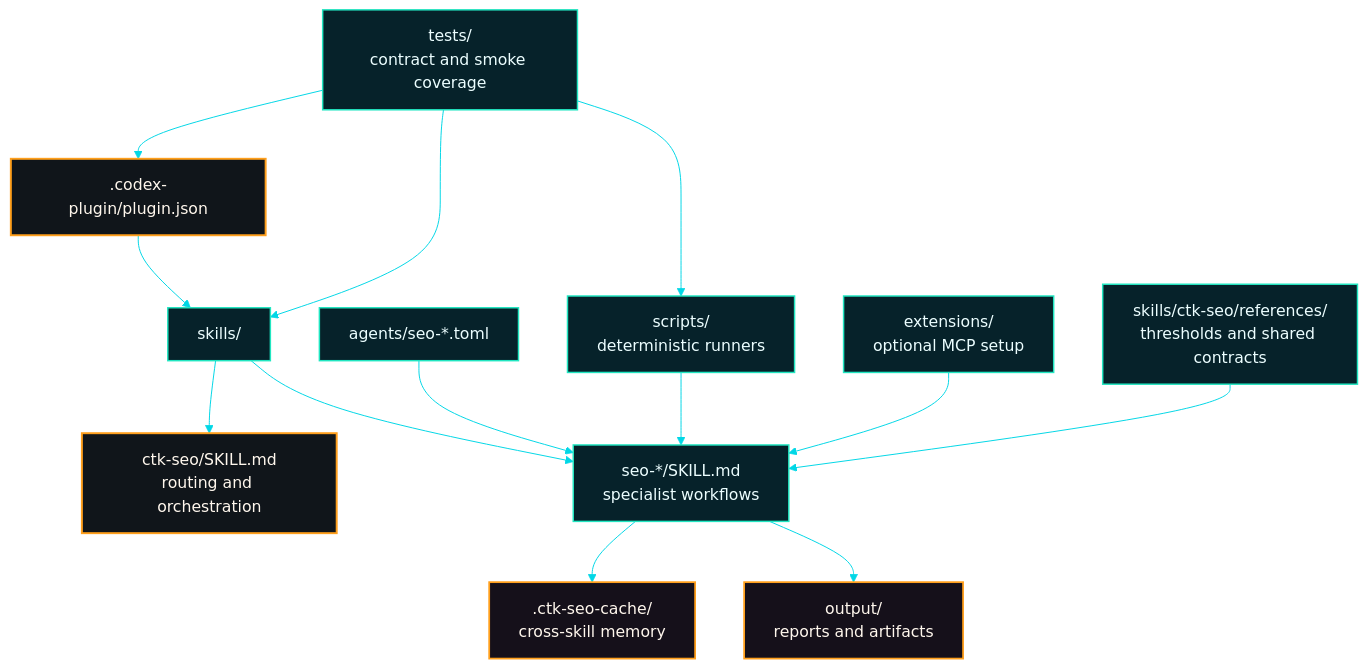
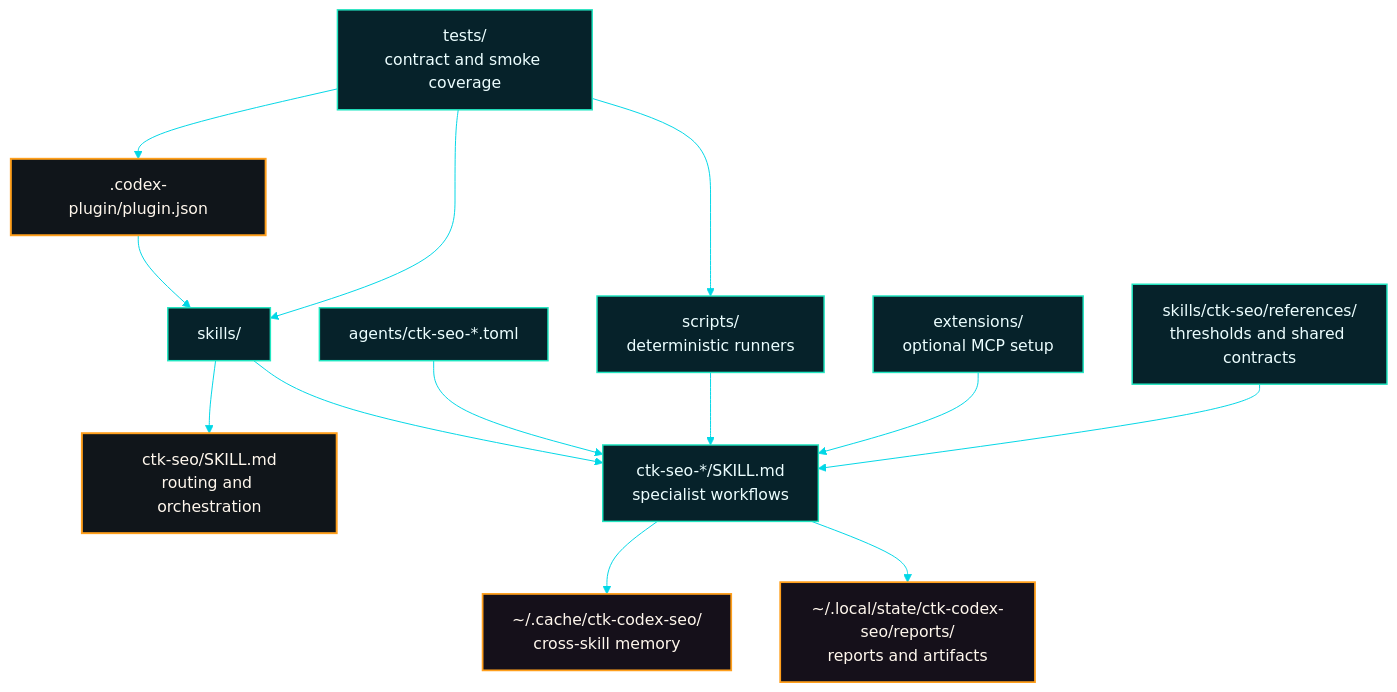
The sixth of 6 diagrams in README.md (ctkadvisors/codex-seo), drawn with Mermaid before and after one commit. The commit also changed other lines of this file and 76 other files, not shown here.

````diff
--- a/README.md
+++ b/README.md
@@ -374,23 +373,23 @@
 ```mermaid
 %%{init: {"theme":"base","themeVariables":{"background":"#05080d","primaryColor":"#07131c","primaryTextColor":"#f5fbff","primaryBorderColor":"#00d7e6","lineColor":"#00d7e6","secondaryColor":"#06222a","tertiaryColor":"#ff9f1c","edgeLabelBackground":"#05080d","fontFamily":"Inter, ui-sans-serif, system-ui, sans-serif"}}}%%
 flowchart TB
   manifest[".codex-plugin/plugin.json"] --> skillsRoot["skills/"]
   skillsRoot --> orchestrator["ctk-seo/SKILL.md<br/>routing and orchestration"]
-  skillsRoot --> specialists["seo-*/SKILL.md<br/>specialist workflows"]
-  agentsDir["agents/seo-*.toml"] --> specialists
+  skillsRoot --> specialists["ctk-seo-*/SKILL.md<br/>specialist workflows"]
+  agentsDir["agents/ctk-seo-*.toml"] --> specialists
   scriptsDir["scripts/<br/>deterministic runners"] --> specialists
   extensionsDir["extensions/<br/>optional MCP setup"] --> specialists
   references["skills/ctk-seo/references/<br/>thresholds and shared contracts"] --> specialists
-  specialists --> cacheDir[".ctk-seo-cache/<br/>cross-skill memory"]
-  specialists --> outputDir["output/<br/>reports and artifacts"]
+  specialists --> cacheDir["~/.cache/ctk-codex-seo/<br/>cross-skill memory"]
+  specialists --> outputDir["~/.local/state/ctk-codex-seo/reports/<br/>reports and artifacts"]
   testsDir["tests/<br/>contract and smoke coverage"] --> manifest
   testsDir --> skillsRoot
   testsDir --> scriptsDir
   class manifest,orchestrator accent
   class skillsRoot,specialists,agentsDir,scriptsDir,extensionsDir,references,testsDir data
   class cacheDir,outputDir output
   classDef default fill:#07131c,stroke:#00d7e6,color:#f5fbff,stroke-width:1.4px
   classDef accent fill:#10151a,stroke:#ff9f1c,color:#fff7ed,stroke-width:2px
   classDef data fill:#06222a,stroke:#21e6c1,color:#ecfeff,stroke-width:1.5px
   classDef output fill:#15101a,stroke:#ff9f1c,color:#fff7ed,stroke-width:1.8px
 ```
````
